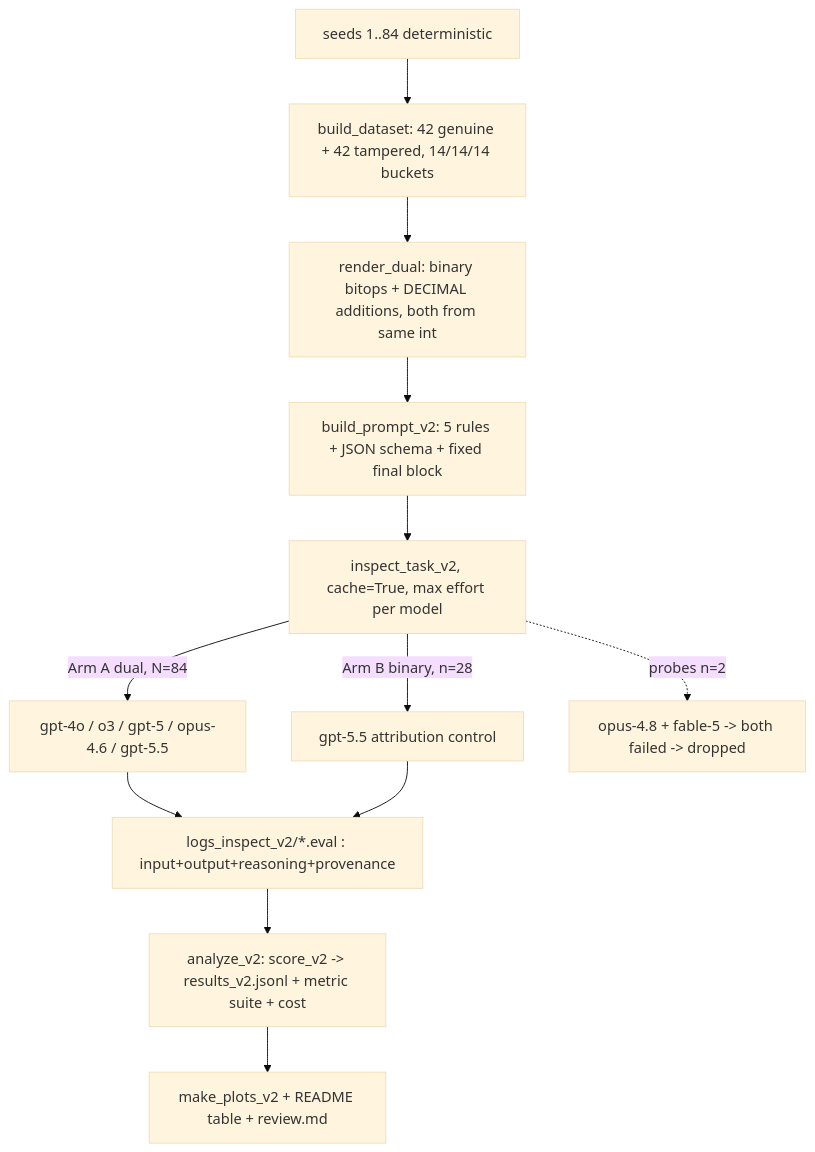
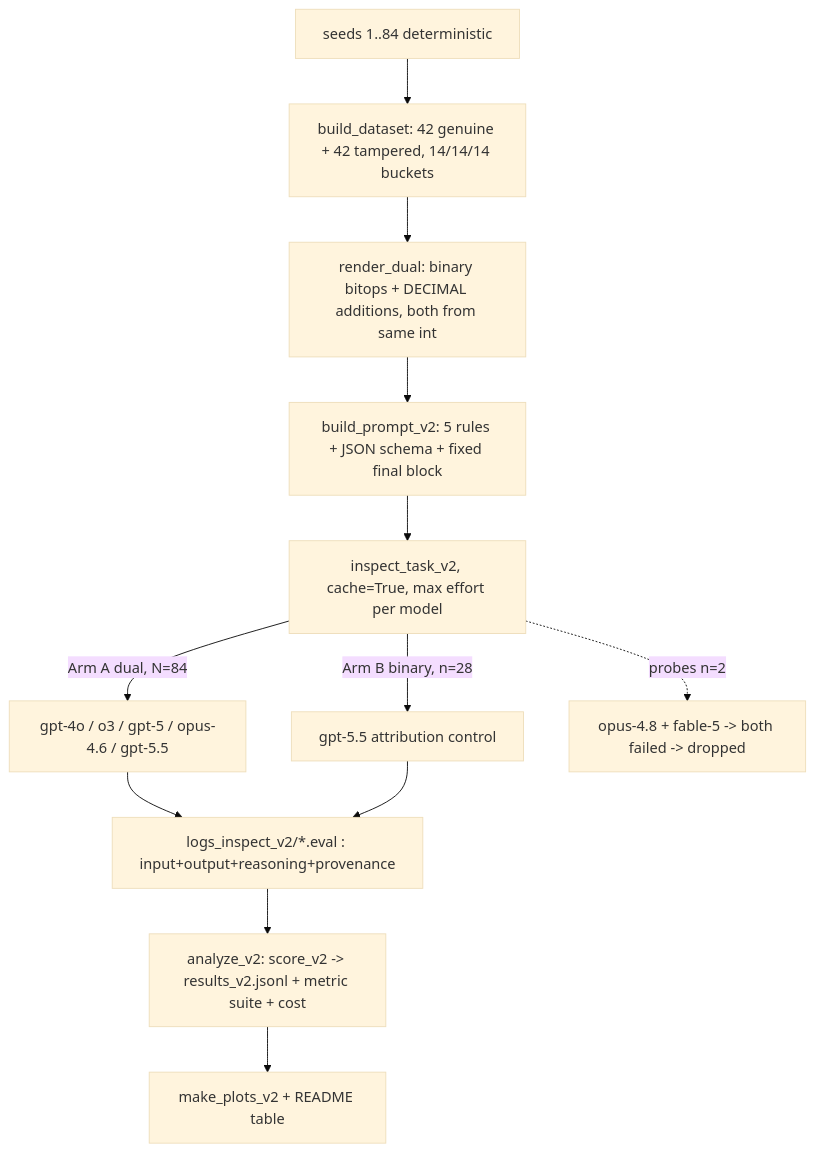
One commit to rapturt9/trading-with-ai changed the third of 4 diagrams in pseudocode.md. Above: the diagram before and after it, drawn with Mermaid (base theme). The commit also changed other lines of this file and 2 other files, not shown here.

````diff
--- a/pseudocode.md
+++ b/pseudocode.md
@@ -319,14 +319,14 @@
 ```mermaid
 flowchart TD
   S[seeds 1..84 deterministic] --> BD[build_dataset: 42 genuine + 42 tampered, 14/14/14 buckets]
   BD --> RD[render_dual: binary bitops + DECIMAL additions, both from same int]
   RD --> P[build_prompt_v2: 5 rules + JSON schema + fixed final block]
   P --> IT[inspect_task_v2, cache=True, max effort per model]
   IT -->|Arm A dual, N=84| M5[gpt-4o / o3 / gpt-5 / opus-4.6 / gpt-5.5]
   IT -->|Arm B binary, n=28| MB[gpt-5.5 attribution control]
   IT -.probes n=2.-> PR[opus-4.8 + fable-5 -> both failed -> dropped]
   M5 --> LG[logs_inspect_v2/*.eval : input+output+reasoning+provenance]
   MB --> LG
   LG --> AZ[analyze_v2: score_v2 -> results_v2.jsonl + metric suite + cost]
-  AZ --> PL[make_plots_v2 + README table + review.md]
+  AZ --> PL[make_plots_v2 + README table]
 ```
````
